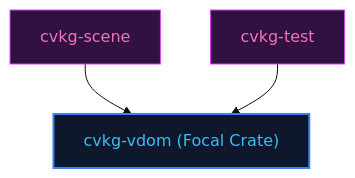
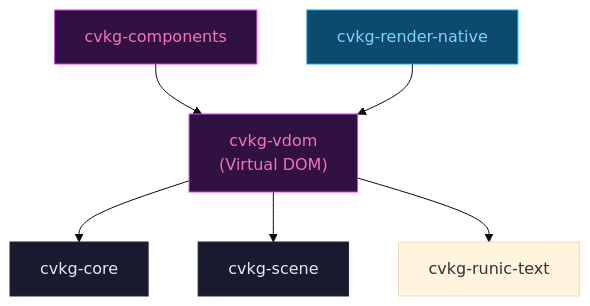
The diagram in cvkg-vdom/README.md (sydonayrex/cvkg), drawn with Mermaid (base theme) before and after one commit. The commit also changed other lines of this file and 465 other files, not shown here.

````diff
--- a/cvkg-vdom/README.md
+++ b/cvkg-vdom/README.md
@@ -11,12 +17,17 @@
 ```mermaid
 graph TD
-    cvkg-vdom["cvkg-vdom (Focal Crate)"]
-    cvkg-scene["cvkg-scene"]
-    cvkg-scene --> cvkg-vdom
-    cvkg-test["cvkg-test"]
-    cvkg-test --> cvkg-vdom
-    classDef focal fill:#0f172a,stroke:#3b82f6,color:#38bdf8,stroke-width:2px
-    classDef sibling fill:#311042,stroke:#d946ef,color:#f472b6,stroke-width:1px
-    class cvkg-vdom focal
-    class cvkg-test,cvkg-scene sibling
+    cvkg-vdom["cvkg-vdom<br/>(Virtual DOM)"]
+    cvkg-vdom --> cvkg-core
+    cvkg-vdom --> cvkg-scene
+    cvkg-vdom --> cvkg-runic-text
+    cvkg-components --> cvkg-vdom
+    cvkg-render-native --> cvkg-vdom
+
+    classDef core fill:#1a1a2e,stroke:#1e293b,color:#e2e8f0,stroke-width:1px
+    classDef ui fill:#311042,stroke:#d946ef,color:#f472b6,stroke-width:1px
+    classDef platform fill:#0c4a6e,stroke:#0ea5e9,color:#7dd3fc,stroke-width:1px
+    class cvkg-vdom ui
+    class cvkg-core,cvkg-scene core
+    class cvkg-components ui
+    class cvkg-render-native platform
 ```
````
